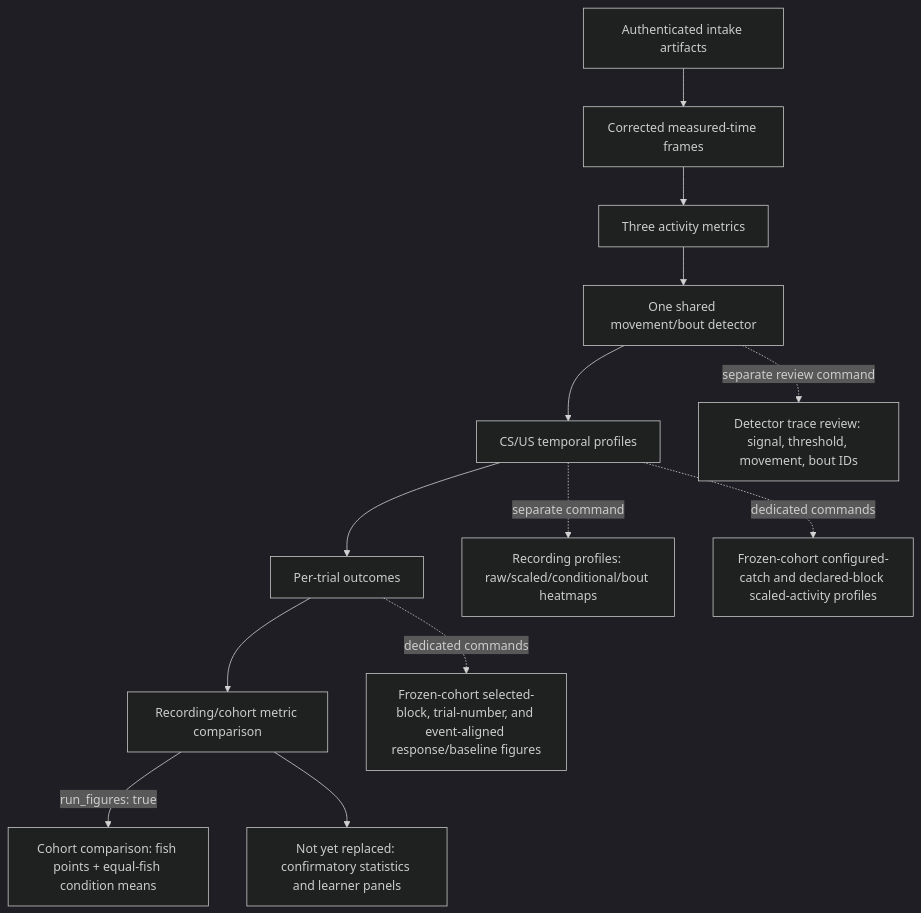
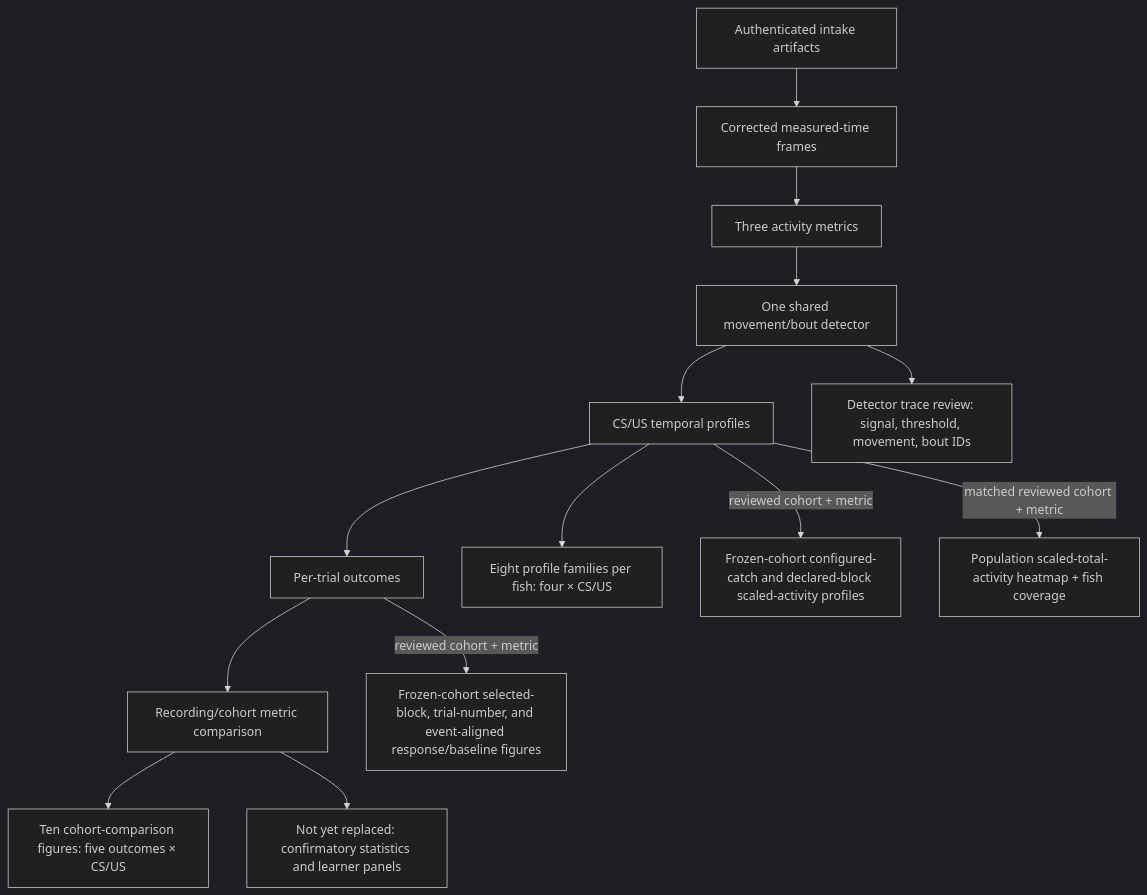
The second of 2 diagrams in docs/analysis/figures/FIGURE_PIPELINES.md (jasmc/ClassicalConditioning), drawn with Mermaid (dark theme) before and after one commit. The commit also changed other lines of this file and 24 other files, not shown here.

````diff
--- a/docs/analysis/figures/FIGURE_PIPELINES.md
+++ b/docs/analysis/figures/FIGURE_PIPELINES.md
@@ -44,15 +44,16 @@
 ```mermaid
 flowchart TD
     A["Authenticated intake artifacts"] --> N1["Corrected measured-time frames"]
     N1 --> N2["Three activity metrics"]
     N2 --> N3["One shared movement/bout detector"]
     N3 --> N4["CS/US temporal profiles"]
     N4 --> N5["Per-trial outcomes"]
     N5 --> N6["Recording/cohort metric comparison"]
-    N6 -->|run_figures: true| N7["Cohort comparison: fish points + equal-fish condition means"]
-    N4 -. separate command .-> N8["Recording profiles: raw/scaled/conditional/bout heatmaps"]
-    N3 -. separate review command .-> N9["Detector trace review: signal, threshold, movement, bout IDs"]
+    N6 --> N7["Ten cohort-comparison figures: five outcomes × CS/US"]
+    N4 --> N8["Eight profile families per fish: four × CS/US"]
+    N3 --> N9["Detector trace review: signal, threshold, movement, bout IDs"]
     N6 --> N10["Not yet replaced: confirmatory statistics and learner panels"]
-    N5 -. dedicated commands .-> N11["Frozen-cohort selected-block, trial-number, and event-aligned response/baseline figures"]
-    N4 -. dedicated commands .-> N12["Frozen-cohort configured-catch and declared-block scaled-activity profiles"]
+    N5 -->|reviewed cohort + metric| N11["Frozen-cohort selected-block, trial-number, and event-aligned response/baseline figures"]
+    N4 -->|reviewed cohort + metric| N12["Frozen-cohort configured-catch and declared-block scaled-activity profiles"]
+    N4 -->|matched reviewed cohort + metric| N13["Population scaled-total-activity heatmap + fish coverage"]
 ```
````
